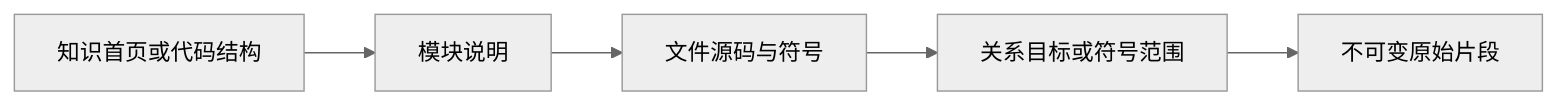
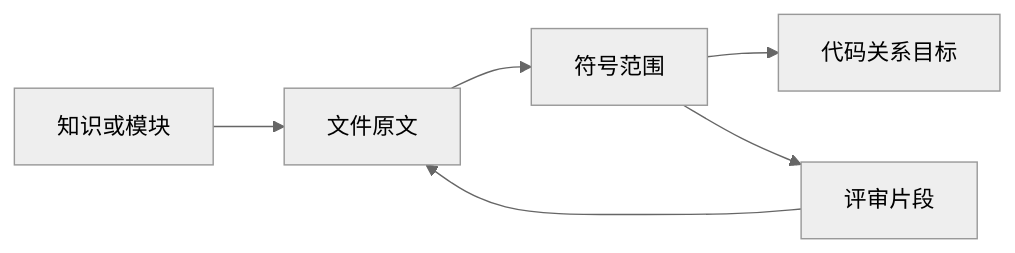
One commit to lejunyang/omem changed the diagram in .repo-review/knowledge/articles/94218fbf87841cfe339659af5d4b326fd0c168331762f84c04923ee3c1b8985b.md. Above: the diagram before and after it, drawn with Mermaid (neutral theme). The commit also changed other lines of this file and 233 other files, not shown here.

````diff
--- a/.repo-review/knowledge/articles/94218fbf87841cfe339659af5d4b326fd0c168331762f84c04923ee3c1b8985b.md
+++ b/.repo-review/knowledge/articles/94218fbf87841cfe339659af5d4b326fd0c168331762f84c04923ee3c1b8985b.md
@@ -17,7 +17,8 @@
 ```mermaid
 flowchart LR
-  A[知识首页或代码结构] --> B[模块说明]
-  B --> C[文件源码与符号]
-  C --> D[关系目标或符号范围]
-  D --> E[不可变原始片段]
+  A[知识或模块] --> B[文件原文]
+  B --> C[符号范围]
+  C --> D[代码关系目标]
+  C --> E[评审片段]
+  E --> B
 ```
````
